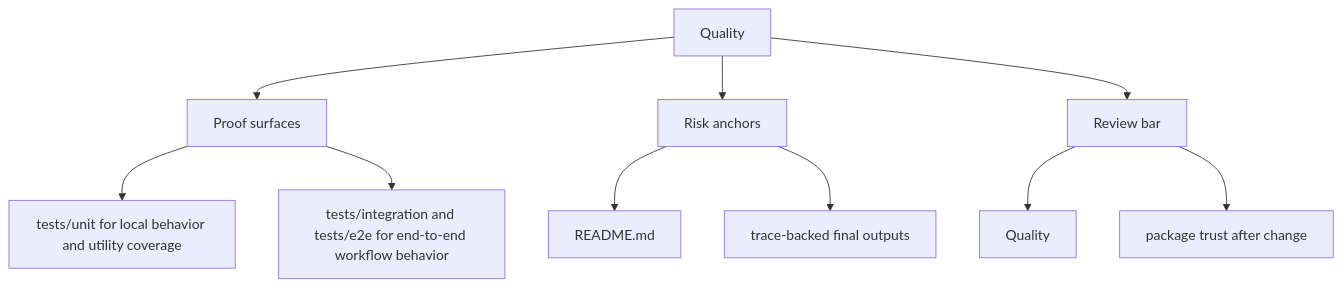
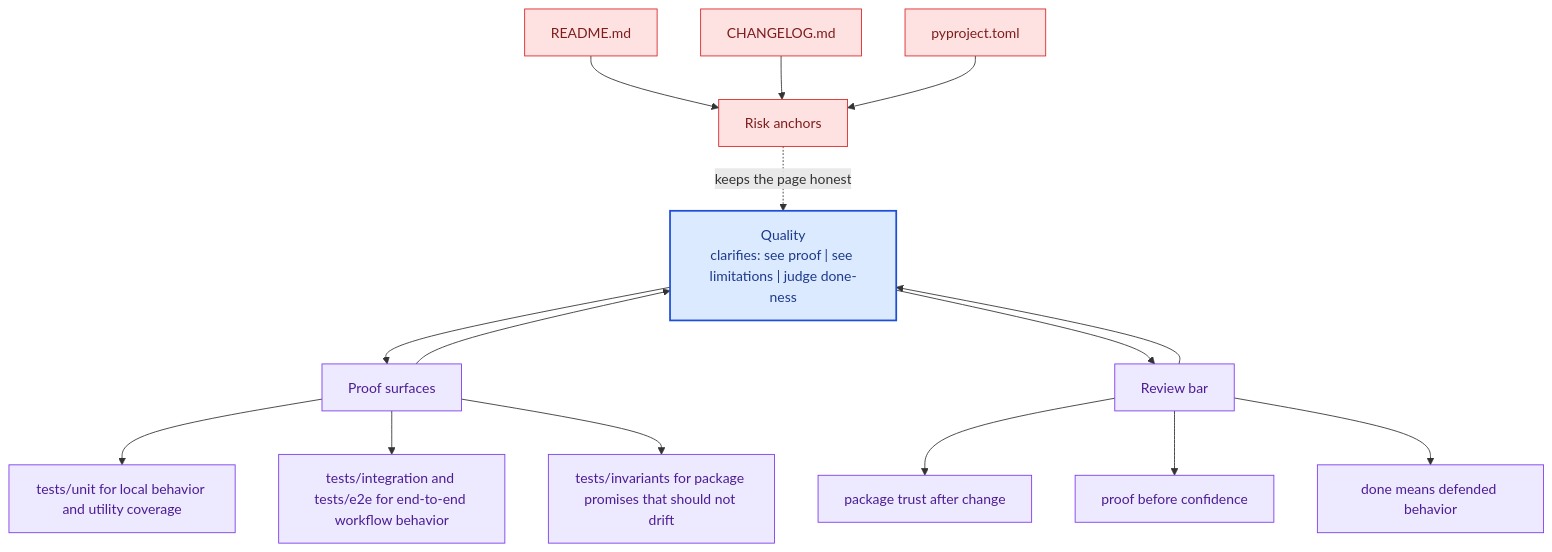
Before and after one commit to bijux/bijux-canon: the second of 2 diagrams in docs/bijux-canon-agent/quality/index.md, drawn with Mermaid. The commit also changed other lines of this file and 281 other files, not shown here.

Commit message:
docs(diagrams): deepen handbook mermaid maps across the catalog

````diff
--- a/docs/bijux-canon-agent/quality/index.md
+++ b/docs/bijux-canon-agent/quality/index.md
@@ -32,22 +65,41 @@
 ```mermaid
-flowchart TD
-    page["Quality"]
+flowchart TB
+    promise["Quality<br/>clarifies: see proof | see limitations | judge done-ness"]
+    classDef promise fill:#dbeafe,stroke:#1d4ed8,color:#1e3a8a,stroke-width:2px;
+    classDef driver fill:#dcfce7,stroke:#16a34a,color:#14532d;
+    classDef constraint fill:#fee2e2,stroke:#dc2626,color:#7f1d1d;
+    classDef ground fill:#ede9fe,stroke:#7c3aed,color:#4c1d95;
     focus1["Proof surfaces"]
-    page --> focus1
+    focus1 --> promise
+    promise --> focus1
     focus1_1["tests/unit for local behavior and utility coverage"]
     focus1 --> focus1_1
     focus1_2["tests/integration and tests/e2e for end-to-end workflow behavior"]
     focus1 --> focus1_2
+    focus1_3["tests/invariants for package promises that should not drift"]
+    focus1 --> focus1_3
+    class focus1 ground;
+    class focus1_1,focus1_2,focus1_3 ground;
     focus2["Risk anchors"]
-    page --> focus2
+    focus2 -.keeps the page honest.-> promise
     focus2_1["README.md"]
-    focus2 --> focus2_1
-    focus2_2["trace-backed final outputs"]
-    focus2 --> focus2_2
+    focus2_1 --> focus2
+    focus2_2["CHANGELOG.md"]
+    focus2_2 --> focus2
+    focus2_3["pyproject.toml"]
+    focus2_3 --> focus2
+    class focus2 constraint;
+    class focus2_1,focus2_2,focus2_3 constraint;
     focus3["Review bar"]
-    page --> focus3
-    focus3_1["Quality"]
+    focus3 --> promise
+    promise --> focus3
+    focus3_1["package trust after change"]
     focus3 --> focus3_1
-    focus3_2["package trust after change"]
+    focus3_2["proof before confidence"]
     focus3 --> focus3_2
+    focus3_3["done means defended behavior"]
+    focus3 --> focus3_3
+    class focus3 ground;
+    class focus3_1,focus3_2,focus3_3 ground;
+    class promise promise;
 ```
````
